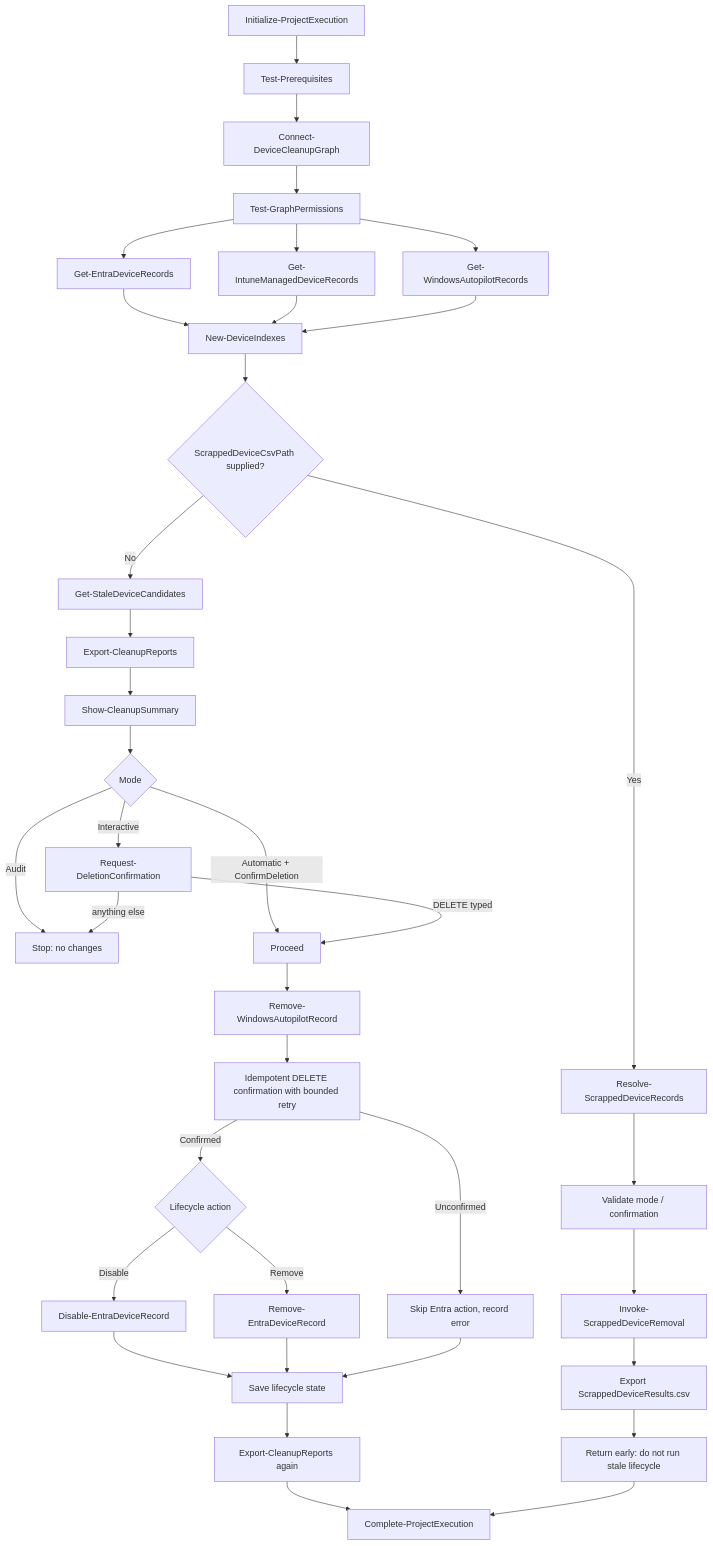
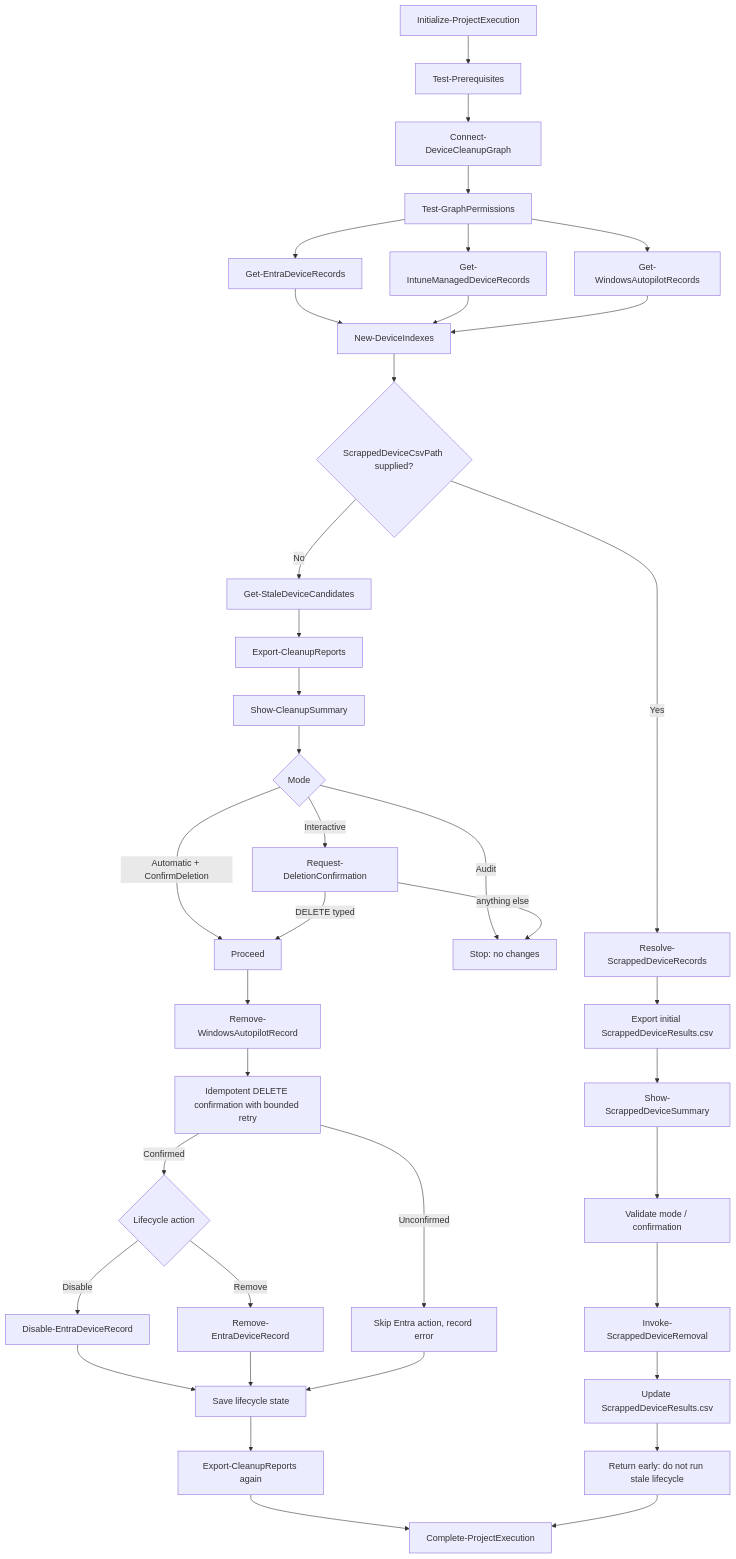
The diagram in docs/Architecture.md (AteaTom/delete-stale-device-records-msgraph), drawn with Mermaid before and after one commit. The commit also changed other lines of this file and 10 other files, not shown here.

Commit message:
Improve scrapped-device summary and CSV deduplication

````diff
--- a/docs/Architecture.md
+++ b/docs/Architecture.md
@@ -8,39 +8,41 @@
 ```mermaid
 flowchart TD
     A[Initialize-ProjectExecution] --> B[Test-Prerequisites]
     B --> C[Connect-DeviceCleanupGraph]
     C --> D[Test-GraphPermissions]
     D --> E[Get-EntraDeviceRecords]
     D --> F[Get-IntuneManagedDeviceRecords]
     D --> G[Get-WindowsAutopilotRecords]
     E --> H[New-DeviceIndexes]
     F --> H
     G --> H
     H --> X{ScrappedDeviceCsvPath supplied?}
     X -->|Yes| Y[Resolve-ScrappedDeviceRecords]
-    Y --> Z1[Validate mode / confirmation]
+   Y --> Y1[Export initial ScrappedDeviceResults.csv]
+   Y1 --> Y2[Show-ScrappedDeviceSummary]
+   Y2 --> Z1[Validate mode / confirmation]
     Z1 --> Z2[Invoke-ScrappedDeviceRemoval]
-    Z2 --> Z3[Export ScrappedDeviceResults.csv]
+   Z2 --> Z3[Update ScrappedDeviceResults.csv]
     Z3 --> Z4[Return early: do not run stale lifecycle]
     X -->|No| I[Get-StaleDeviceCandidates]
     I --> J[Export-CleanupReports]
     J --> K[Show-CleanupSummary]
     K --> L{Mode}
     L -->|Audit| M[Stop: no changes]
     L -->|Interactive| N[Request-DeletionConfirmation]
     L -->|Automatic + ConfirmDeletion| O[Proceed]
     N -->|DELETE typed| O
     N -->|anything else| M
     O --> P[Remove-WindowsAutopilotRecord]
     P --> Q[Idempotent DELETE confirmation with bounded retry]
     Q -->|Confirmed| R{Lifecycle action}
     R -->|Disable| S[Disable-EntraDeviceRecord]
     R -->|Remove| T[Remove-EntraDeviceRecord]
     Q -->|Unconfirmed| U[Skip Entra action, record error]
     S --> V[Save lifecycle state]
     T --> V
     U --> V
     V --> W[Export-CleanupReports again]
     W --> Z5[Complete-ProjectExecution]
     Z4 --> Z5
 ```
````
